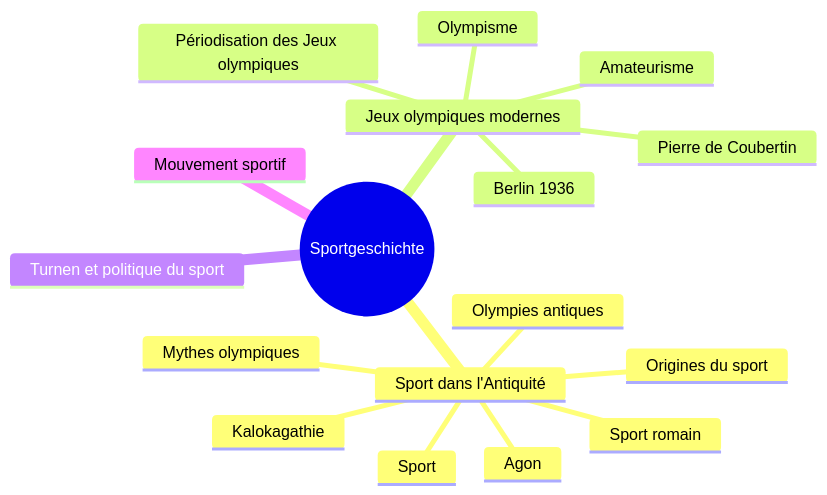
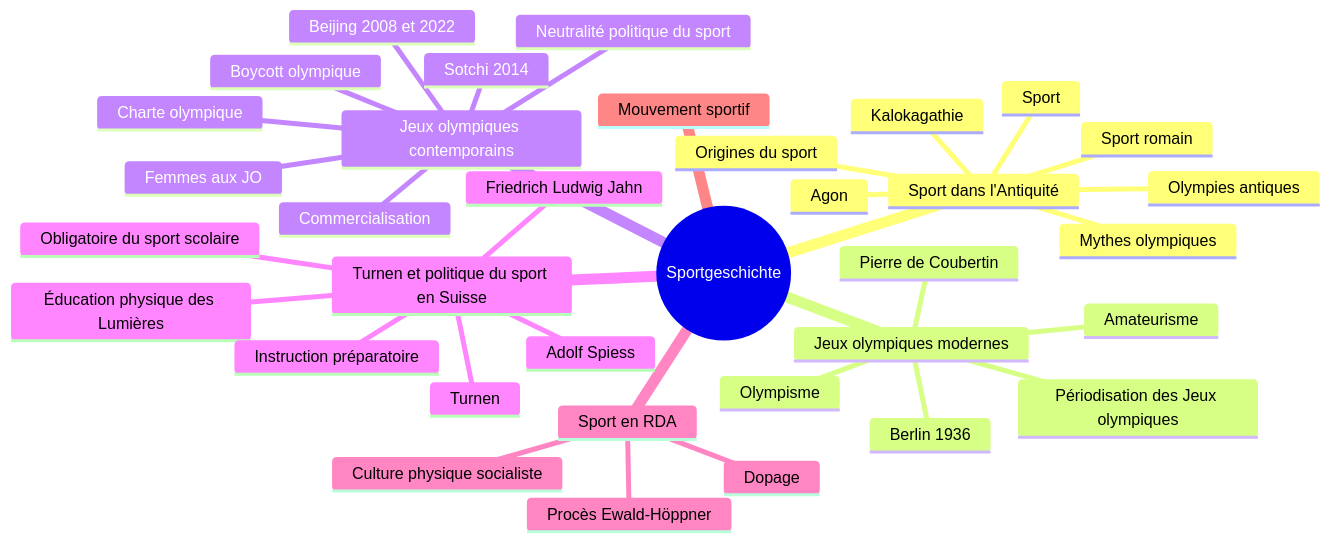
One commit to aidraxowl/NEXUS changed the diagram in NEXUS/09-Learning/Course-Maps/HS26 - Sportgeschichte.md. Above: the diagram before and after it, drawn with Mermaid. The commit also changed other lines of this file and 241 other files, not shown here.

````diff
--- a/NEXUS/09-Learning/Course-Maps/HS26 - Sportgeschichte.md
+++ b/NEXUS/09-Learning/Course-Maps/HS26 - Sportgeschichte.md
@@ -19,20 +19,38 @@
 ```mermaid
 mindmap
   root((Sportgeschichte))
     Sport dans l'Antiquité
       Sport
       Origines du sport
       Agon
       Kalokagathie
       Olympies antiques
       Mythes olympiques
       Sport romain
     Jeux olympiques modernes
       Olympisme
       Amateurisme
       Périodisation des Jeux olympiques
       Pierre de Coubertin
       Berlin 1936
-    Turnen et politique du sport
+    Jeux olympiques contemporains
+      Charte olympique
+      Commercialisation
+      Boycott olympique
+      Neutralité politique du sport
+      Femmes aux JO
+      Beijing 2008 et 2022
+      Sotchi 2014
+    Turnen et politique du sport en Suisse
+      Turnen
+      Friedrich Ludwig Jahn
+      Éducation physique des Lumières
+      Adolf Spiess
+      Obligatoire du sport scolaire
+      Instruction préparatoire
+    Sport en RDA
+      Culture physique socialiste
+      Dopage
+      Procès Ewald-Höppner
     Mouvement sportif
 ```
````
